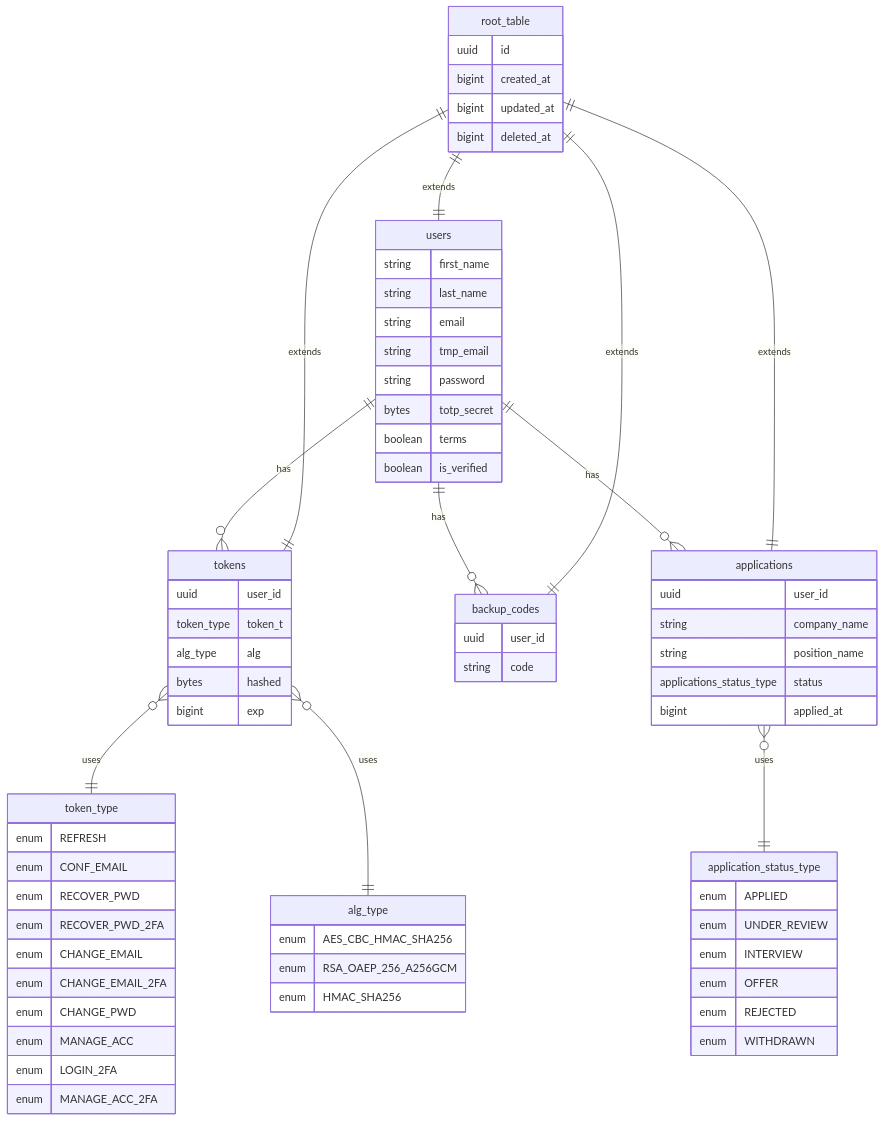
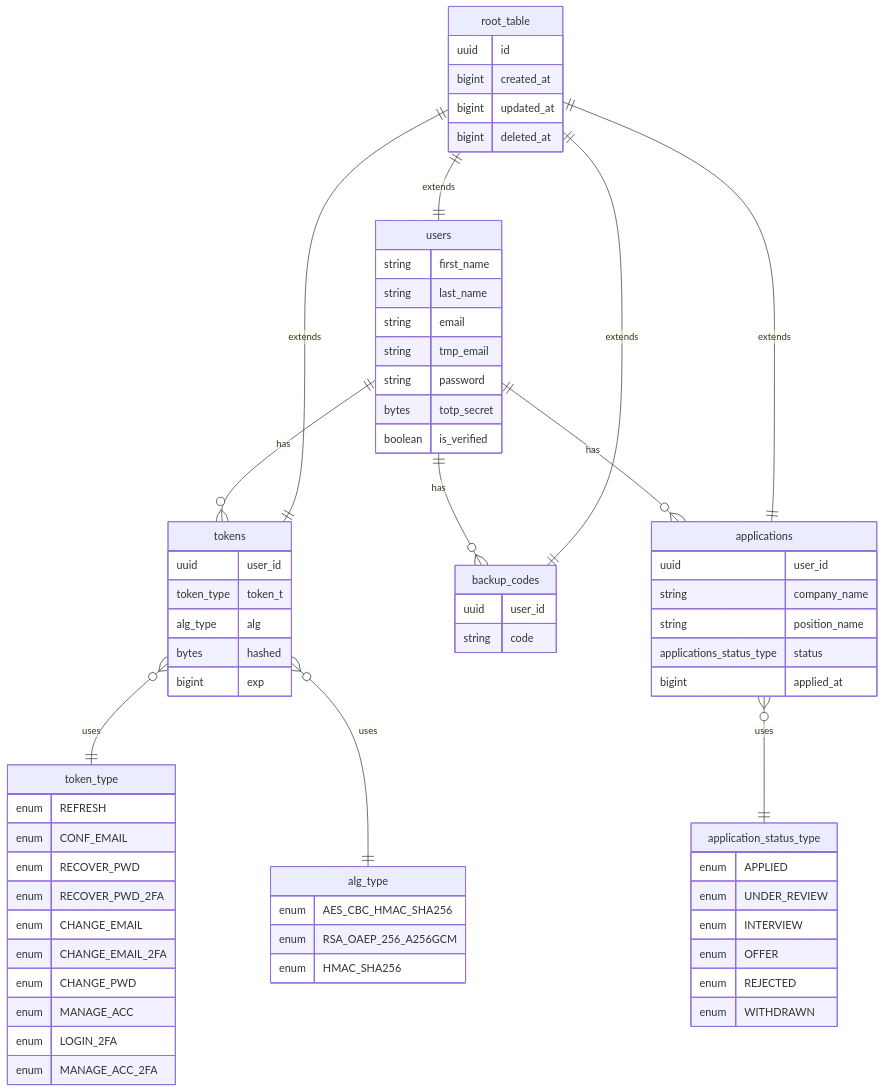
The diagram in README.md (AlexanderMatveev2908/psn-job-application-tracker), drawn with Mermaid before and after one commit. The commit also changed 8 other files, not shown here.

````diff
--- a/README.md
+++ b/README.md
@@ -495,80 +495,79 @@
 ```mermaid
 erDiagram
   users ||--o{ tokens : has
   users ||--o{ backup_codes : has
   users ||--o{ applications : has
   tokens }o--|| token_type : uses
   tokens }o--|| alg_type : uses
   applications }o--||application_status_type : uses
   root_table ||--|| users : extends
   root_table ||--|| tokens : extends
   root_table ||--|| backup_codes : extends
   root_table ||--|| applications : extends
 
   root_table {
     uuid id
     bigint created_at
     bigint updated_at
     bigint deleted_at
   }
 
   users {
     string first_name
     string last_name
     string email
     string tmp_email
     string password
     bytes totp_secret
-    boolean terms
     boolean is_verified
   }
 
   backup_codes {
     uuid user_id
     string code
   }
 
   tokens {
     uuid user_id
     token_type token_t
     alg_type alg
     bytes hashed
     bigint exp
   }
 
   applications {
     uuid user_id
     string company_name
     string position_name
     applications_status_type status
     bigint applied_at
   }
 
   token_type {
     enum REFRESH
     enum CONF_EMAIL
     enum RECOVER_PWD
     enum RECOVER_PWD_2FA
     enum CHANGE_EMAIL
     enum CHANGE_EMAIL_2FA
     enum CHANGE_PWD
     enum MANAGE_ACC
     enum LOGIN_2FA
     enum MANAGE_ACC_2FA
   }
 
   alg_type {
     enum AES_CBC_HMAC_SHA256
     enum RSA_OAEP_256_A256GCM
     enum HMAC_SHA256
   }
 
   application_status_type {
   enum APPLIED
   enum UNDER_REVIEW
   enum INTERVIEW
   enum OFFER
   enum REJECTED
   enum WITHDRAWN
   }
 ```
````
